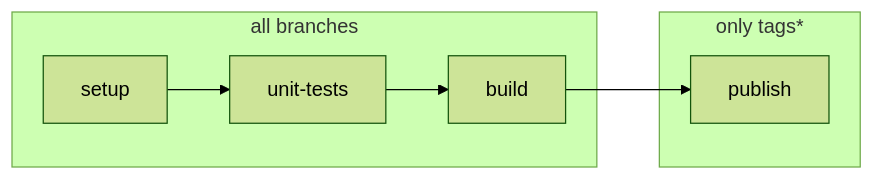
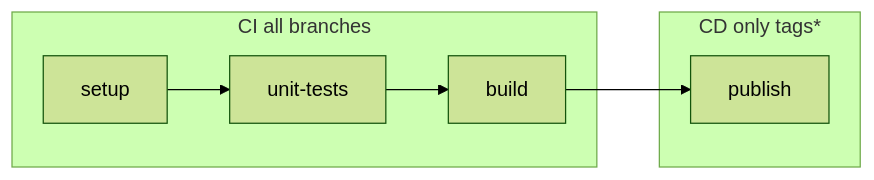
The second of 3 diagrams in MANIFEST.md (mmiranda222/.statsuite), drawn with Mermaid (forest theme) before and after one commit. The commit also changed other lines of this file, not shown here.

````diff
--- a/MANIFEST.md
+++ b/MANIFEST.md
@@ -46,10 +44,10 @@
 ```mermaid
 graph LR
-    subgraph all branches
+    subgraph CI all branches
     setup --> unit-tests
     unit-tests --> build
     end
-    subgraph only tags*
+    subgraph CD only tags*
     build --> publish
     end
 ```
````
